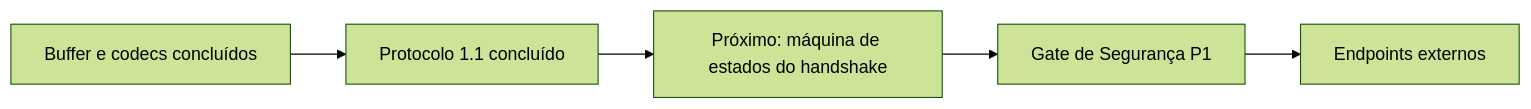
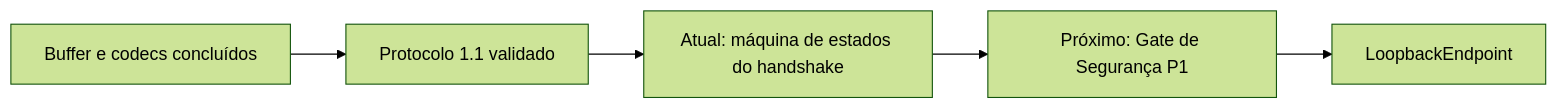
One commit to Malkverbena/TickSynchronizer changed the diagram in documentation/PROJECT_STATE.md. Above: the diagram before and after it, drawn with Mermaid (forest theme). The commit also changed other lines of this file and 17 other files, not shown here.

Commit message:
protocol: add pure handshake state machine

````diff
--- a/documentation/PROJECT_STATE.md
+++ b/documentation/PROJECT_STATE.md
@@ -5,7 +5,7 @@
 ```mermaid
 flowchart LR
-    Done[Buffer e codecs concluídos] --> Protocol[Protocolo 1.1 concluído]
-    Protocol --> Current[Próximo: máquina de estados do handshake]
-    Current --> Gate[Gate de Segurança P1]
-    Gate --> Transport[Endpoints externos]
+    Done[Buffer e codecs concluídos] --> Protocol[Protocolo 1.1 validado]
+    Protocol --> Current[Atual: máquina de estados do handshake]
+    Current --> Gate[Próximo: Gate de Segurança P1]
+    Gate --> Loopback[LoopbackEndpoint]
 ```
````
